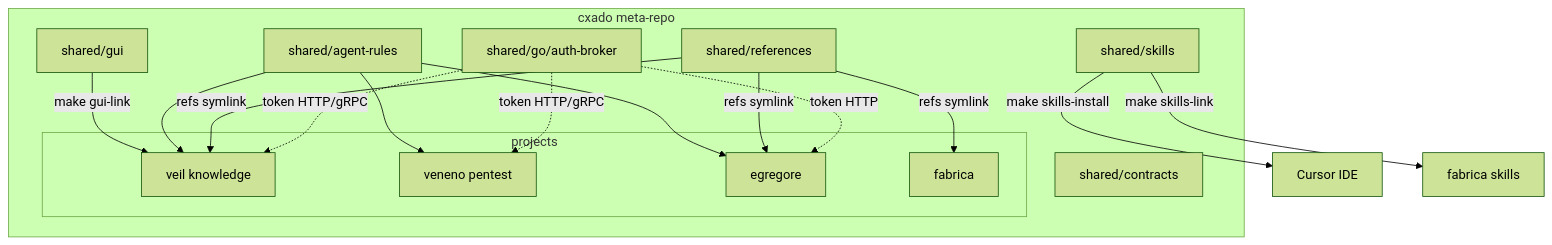
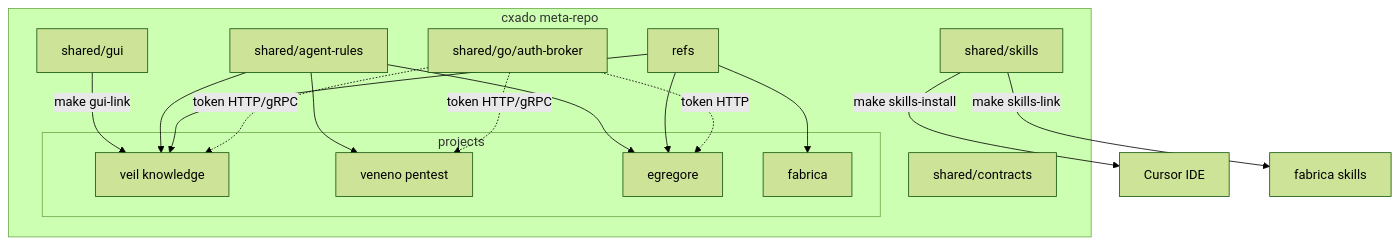
One commit to butbeautifulv/cxado changed the first of 4 diagrams in docs/ecosystem-map.md. Above: the diagram before and after it, drawn with Mermaid (forest theme). The commit also changed other lines of this file and 10 other files, not shown here.

````diff
--- a/docs/ecosystem-map.md
+++ b/docs/ecosystem-map.md
@@ -54,31 +54,31 @@
 ```mermaid
 flowchart TB
   subgraph cxado [cxado meta-repo]
     RULES[shared/agent-rules]
     SKILLS[shared/skills]
-    REFS[shared/references]
+    REFS[refs]
     CTR[shared/contracts]
     GUI[shared/gui]
     AUTHBROKER[shared/go/auth-broker]
     subgraph projects [projects]
       VEIL[veil knowledge]
       VENENO[veneno pentest]
       AGI[egregore]
       CICD[fabrica]
     end
   end
 
   GUI -->|make gui-link| VEIL
 
   RULES --> VEIL
   RULES --> VENENO
   RULES --> AGI
   SKILLS -->|make skills-install| CURSOR[Cursor IDE]
   SKILLS -->|make skills-link| FAB[fabrica skills]
-  REFS -->|refs symlink| VEIL
-  REFS -->|refs symlink| CICD
-  REFS -->|refs symlink| AGI
+  REFS --> VEIL
+  REFS --> CICD
+  REFS --> AGI
   AUTHBROKER -.->|token HTTP/gRPC| VEIL
   AUTHBROKER -.->|token HTTP/gRPC| VENENO
   AUTHBROKER -.->|token HTTP| AGI
 ```
````
